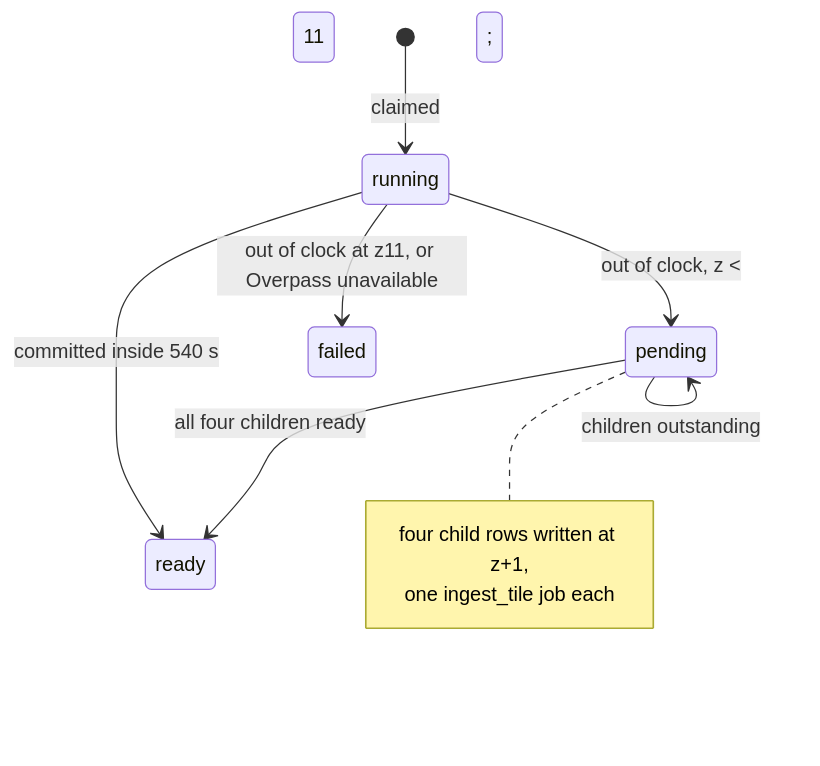
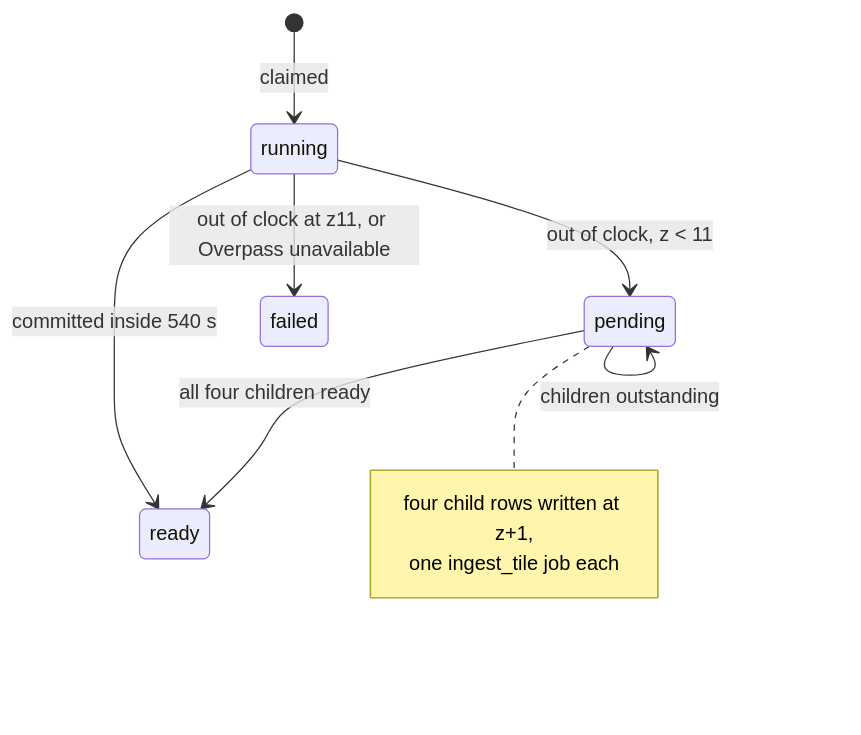
The fourth of 11 diagrams in docs/architecture.md (mbahgatTech/switchback), drawn with Mermaid before and after one commit. The commit also changed 4 other files, not shown here.

First line of the commit message:
Check the Mermaid blocks where readers actually see them

````diff
--- a/docs/architecture.md
+++ b/docs/architecture.md
@@ -580,13 +580,13 @@
 ```mermaid
 stateDiagram-v2
   [*] --> running: claimed
   running --> ready: committed inside 540 s
-  running --> pending: out of clock, z &lt; 11
+  running --> pending: out of clock, z < 11
   running --> failed: out of clock at z11, or Overpass unavailable
   pending --> pending: children outstanding
   pending --> ready: all four children ready
   note right of pending
     four child rows written at z+1,
     one ingest_tile job each
   end note
 ```
````
